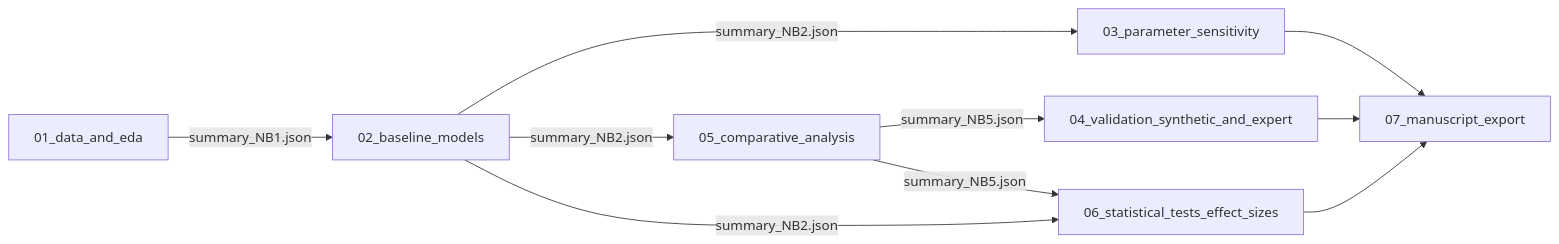
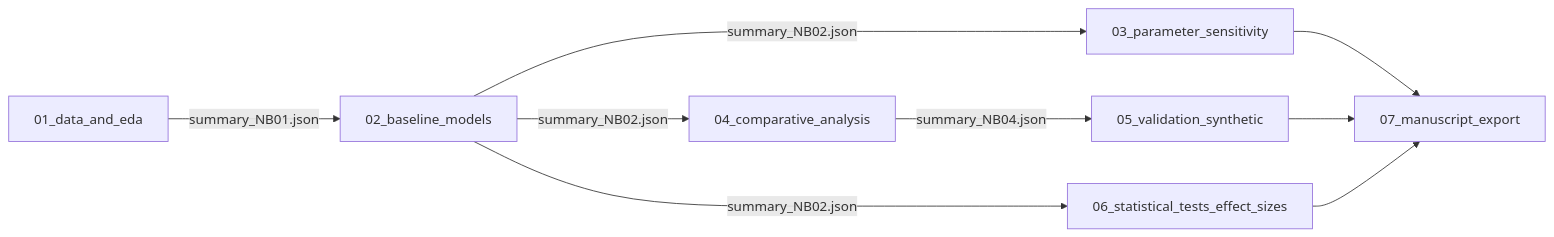
Before and after one commit to nyan-dev/BarekengPaper1-Revision: the second of 2 diagrams in Guides-and-Docs/README.md, drawn with Mermaid. The commit also changed other lines of this file and 33 other files, not shown here.

````diff
--- a/Guides-and-Docs/README.md
+++ b/Guides-and-Docs/README.md
@@ -165,12 +165,11 @@
 ```mermaid
 graph LR
-    NB1["01_data_and_eda"] -->|summary_NB1.json| NB2["02_baseline_models"]
-    NB2 -->|summary_NB2.json| NB3["03_parameter_sensitivity"]
-    NB2 -->|summary_NB2.json| NB5["05_comparative_analysis"]
-    NB5 -->|summary_NB5.json| NB4["04_validation_synthetic_and_expert"]
-    NB2 -->|summary_NB2.json| NB6["06_statistical_tests_effect_sizes"]
-    NB5 -->|summary_NB5.json| NB6
+    NB1["01_data_and_eda"] -->|summary_NB01.json| NB2["02_baseline_models"]
+    NB2 -->|summary_NB02.json| NB3["03_parameter_sensitivity"]
+    NB2 -->|summary_NB02.json| NB4["04_comparative_analysis"]
+    NB4 -->|summary_NB04.json| NB5["05_validation_synthetic"]
+    NB2 -->|summary_NB02.json| NB6["06_statistical_tests_effect_sizes"]
     NB3 --> NB7["07_manuscript_export"]
-    NB4 --> NB7
+    NB5 --> NB7
     NB6 --> NB7
 ```
````
